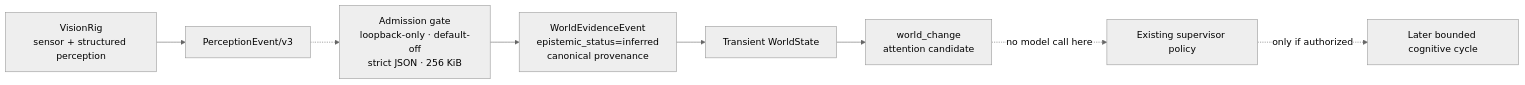
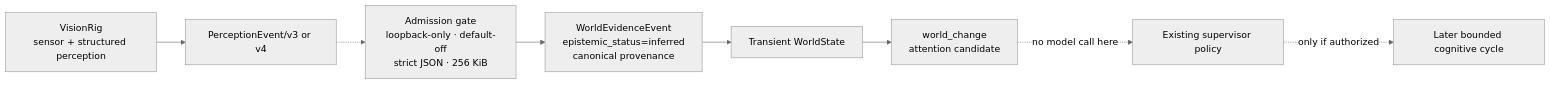
Before and after one commit to Ternedal/ModelRig: the diagram in docs/consciousness-core/VISIONRIG_ADMISSION.md, drawn with Mermaid (neutral theme). The commit also changed other lines of this file, not shown here.

````diff
--- a/docs/consciousness-core/VISIONRIG_ADMISSION.md
+++ b/docs/consciousness-core/VISIONRIG_ADMISSION.md
@@ -6,19 +6,19 @@
 ```mermaid
 flowchart LR
     V["VisionRig<br/>sensor + structured perception"]
-    P["PerceptionEvent/v3"]
+    P["PerceptionEvent/v3 or v4"]
     G["Admission gate<br/>loopback-only · default-off<br/>strict JSON · 256 KiB"]
     E["WorldEvidenceEvent<br/>epistemic_status=inferred<br/>canonical provenance"]
     W["Transient WorldState"]
     A["world_change<br/>attention candidate"]
     S["Existing supervisor policy"]
     C["Later bounded cognitive cycle"]
 
     V --> P
     P -.-> G
     G --> E
     E --> W
     W --> A
     A -. "no model call here" .-> S
     S -. "only if authorized" .-> C
 ```
````
